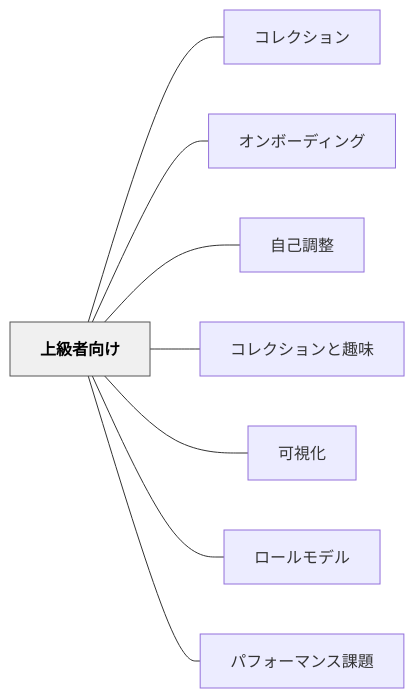
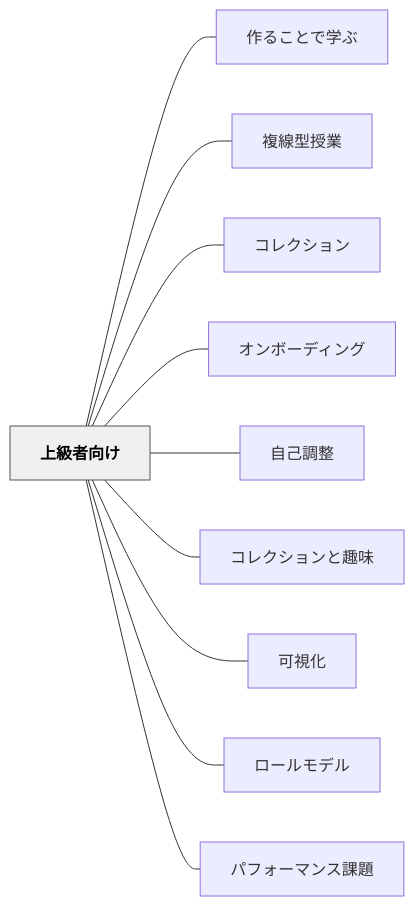
The diagram in content/パタン/上級者向け.md (unknownthings-ed-patterns/unknownthings-ed-patterns), drawn with Mermaid before and after one commit. The commit also changed other lines of this file and 100 other files, not shown here.

````diff
--- a/content/パタン/上級者向け.md
+++ b/content/パタン/上級者向け.md
@@ -82,22 +84,26 @@
 ```mermaid
 flowchart LR
     ne4b88ae7b49ae88085e59091e38191["上級者向け"]
+    ne4bd9ce3828be38193e381a8e381a7e5ada6e381b6["作ることで学ぶ"]
+    ne8a487e7b79ae59e8be68e88e6a5ad["複線型授業"]
     ne382b3e383ace382afe382b7e383a7e383b3["コレクション"]
     ne382aae383b3e3839ce383bce38387e382a3e383b3e382b0["オンボーディング"]
     ne887aae5b7b1e8aabfe695b4["自己調整"]
     ne382b3e383ace382afe382b7e383a7e383b3e381a8e8b6a3e591b3["コレクションと趣味"]
     ne58fafe8a696e58c96["可視化"]
     ne383ade383bce383abe383a2e38387e383ab["ロールモデル"]
     ne38391e38395e382a9e383bce3839ee383b3e382b9e8aab2e9a18c["パフォーマンス課題"]
 
+    ne4b88ae7b49ae88085e59091e38191 --- ne4bd9ce3828be38193e381a8e381a7e5ada6e381b6
+    ne4b88ae7b49ae88085e59091e38191 --- ne8a487e7b79ae59e8be68e88e6a5ad
     ne4b88ae7b49ae88085e59091e38191 --- ne382b3e383ace382afe382b7e383a7e383b3
     ne4b88ae7b49ae88085e59091e38191 --- ne382aae383b3e3839ce383bce38387e382a3e383b3e382b0
     ne4b88ae7b49ae88085e59091e38191 --- ne887aae5b7b1e8aabfe695b4
     ne4b88ae7b49ae88085e59091e38191 --- ne382b3e383ace382afe382b7e383a7e383b3e381a8e8b6a3e591b3
     ne4b88ae7b49ae88085e59091e38191 --- ne58fafe8a696e58c96
     ne4b88ae7b49ae88085e59091e38191 --- ne383ade383bce383abe383a2e38387e383ab
     ne4b88ae7b49ae88085e59091e38191 --- ne38391e38395e382a9e383bce3839ee383b3e382b9e8aab2e9a18c
 
     classDef hub fill:#f0f0f0,stroke:#555,color:#000,font-weight:bold
     class ne4b88ae7b49ae88085e59091e38191 hub
 ```
````
